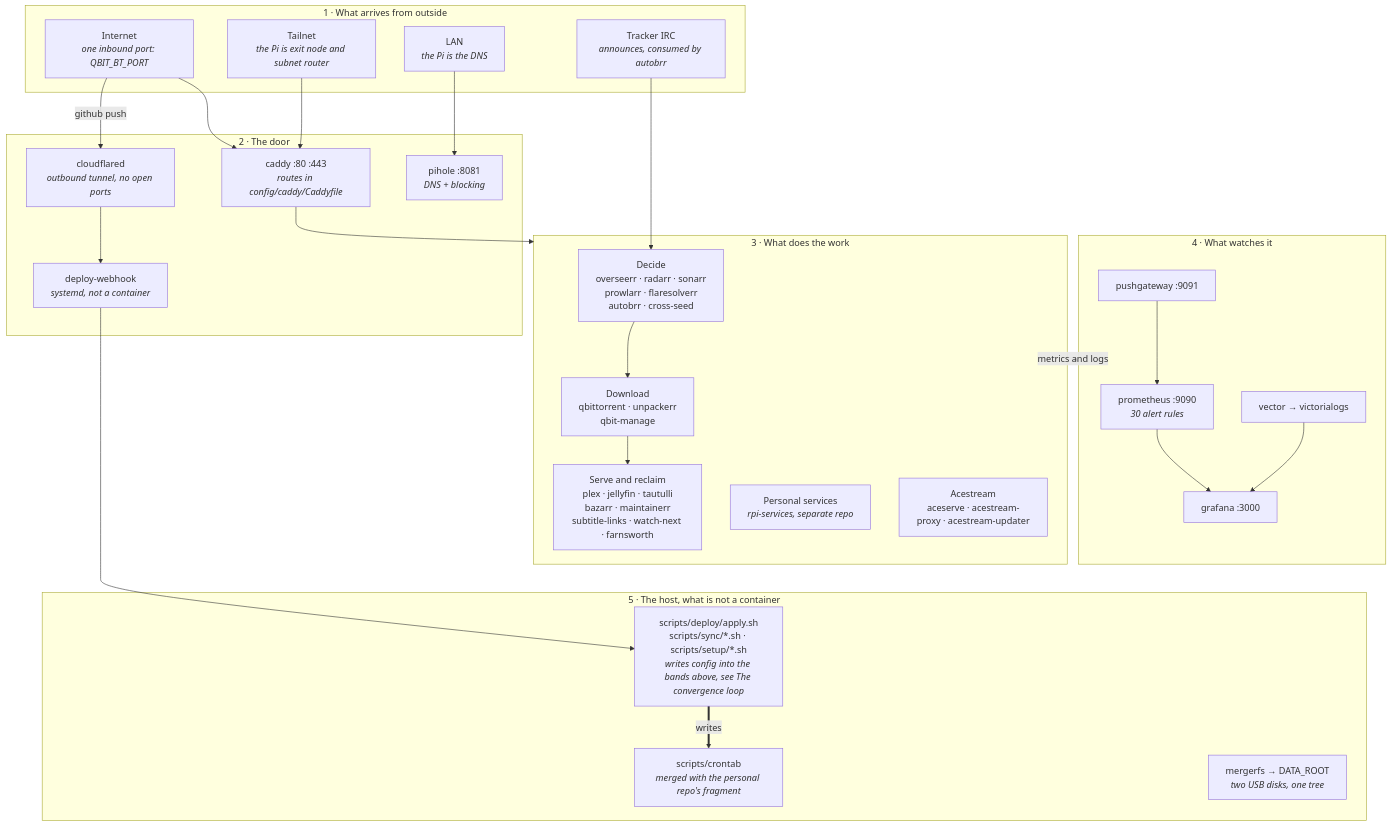
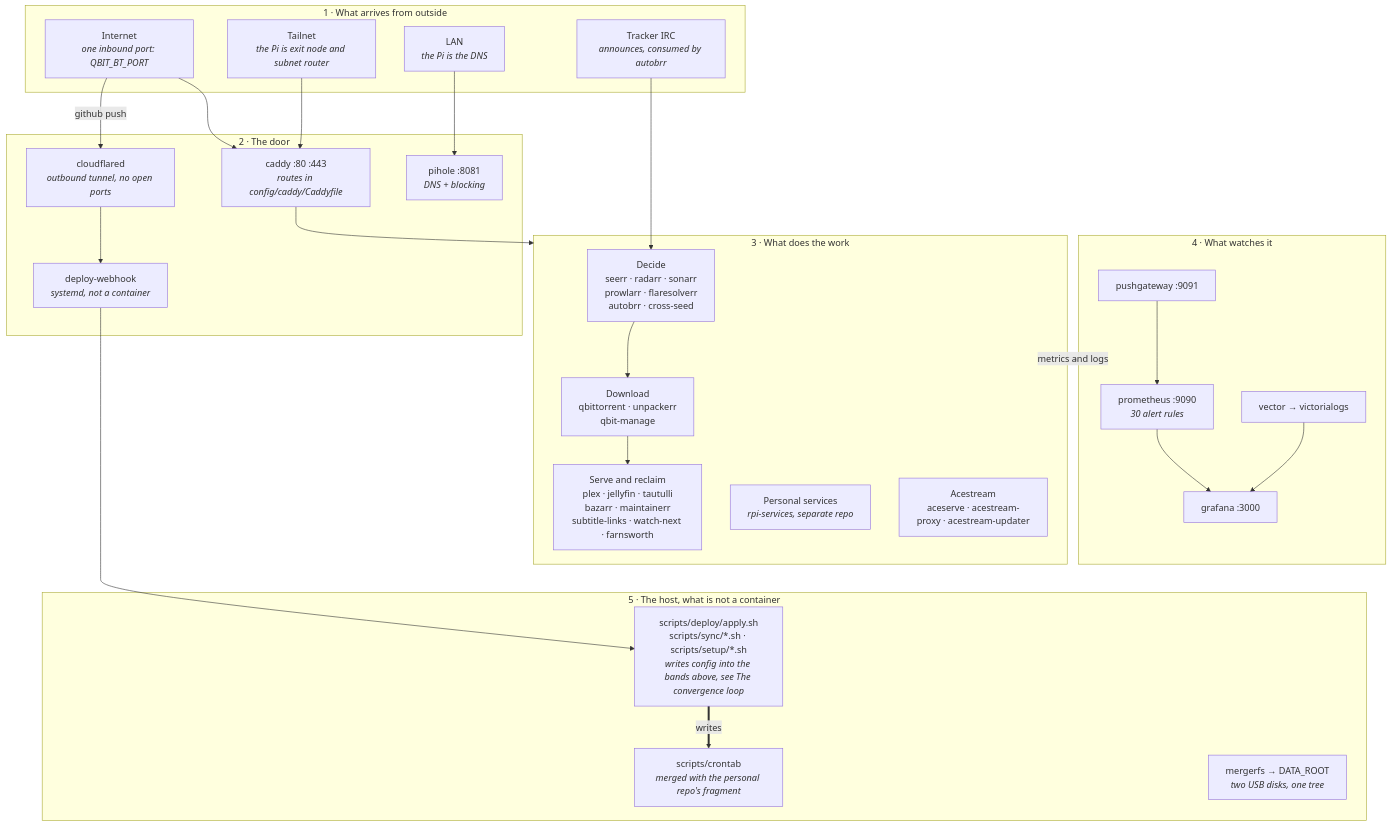
Before and after one commit to PlatanosVerdes/rpi-homeserver: the first of 8 diagrams in docs/architecture.md, drawn with Mermaid. The commit also changed other lines of this file and 12 other files, not shown here.

````diff
--- a/docs/architecture.md
+++ b/docs/architecture.md
@@ -14,54 +14,54 @@
 ```mermaid
 flowchart TB
   subgraph OUT["1 · What arrives from outside"]
     NET["Internet<br/><i>one inbound port: QBIT_BT_PORT</i>"]
     TS["Tailnet<br/><i>the Pi is exit node and subnet router</i>"]
     LAN["LAN<br/><i>the Pi is the DNS</i>"]
     IRC["Tracker IRC<br/><i>announces, consumed by autobrr</i>"]
   end
 
   subgraph DOOR["2 · The door"]
     CADDY["caddy :80 :443<br/><i>routes in config/caddy/Caddyfile</i>"]
     CFD["cloudflared<br/><i>outbound tunnel, no open ports</i>"]
     PIHOLE["pihole :8081<br/><i>DNS + blocking</i>"]
     HOOK["deploy-webhook<br/><i>systemd, not a container</i>"]
   end
 
   subgraph WORK["3 · What does the work"]
-    DECIDE["Decide<br/>overseerr · radarr · sonarr<br/>prowlarr · flaresolverr<br/>autobrr · cross-seed"]
+    DECIDE["Decide<br/>seerr · radarr · sonarr<br/>prowlarr · flaresolverr<br/>autobrr · cross-seed"]
     GET["Download<br/>qbittorrent · unpackerr<br/>qbit-manage"]
     SERVE["Serve and reclaim<br/>plex · jellyfin · tautulli<br/>bazarr · maintainerr<br/>subtitle-links · watch-next · farnsworth"]
     PERS["Personal services<br/><i>rpi-services, separate repo</i>"]
     ACE["Acestream<br/>aceserve · acestream-proxy · acestream-updater"]
   end
 
   subgraph OBS["4 · What watches it"]
     PROM["prometheus :9090<br/><i>30 alert rules</i>"]
     GRAF["grafana :3000"]
     PUSH["pushgateway :9091"]
     LOGS["vector → victorialogs"]
   end
 
   subgraph HOST["5 · The host, what is not a container"]
     APPLY["scripts/deploy/apply.sh<br/>scripts/sync/*.sh · scripts/setup/*.sh<br/><i>writes config into the bands above, see The convergence loop</i>"]
     CRON["scripts/crontab<br/><i>merged with the personal repo's fragment</i>"]
     FS["mergerfs → DATA_ROOT<br/><i>two USB disks, one tree</i>"]
   end
 
   NET --> CADDY
   NET -->|github push| CFD
   TS --> CADDY
   LAN --> PIHOLE
   IRC --> DECIDE
   CFD --> HOOK
   CADDY --> WORK
   DECIDE --> GET --> SERVE
   WORK -. metrics and logs .-> OBS
   PUSH --> PROM --> GRAF
   LOGS --> GRAF
   HOOK --> APPLY
   APPLY ==>|writes| CRON
 
   %% every arrow points down, so the bands stack 1 to 5 in order
   GRAF ~~~ APPLY
 ```
````
